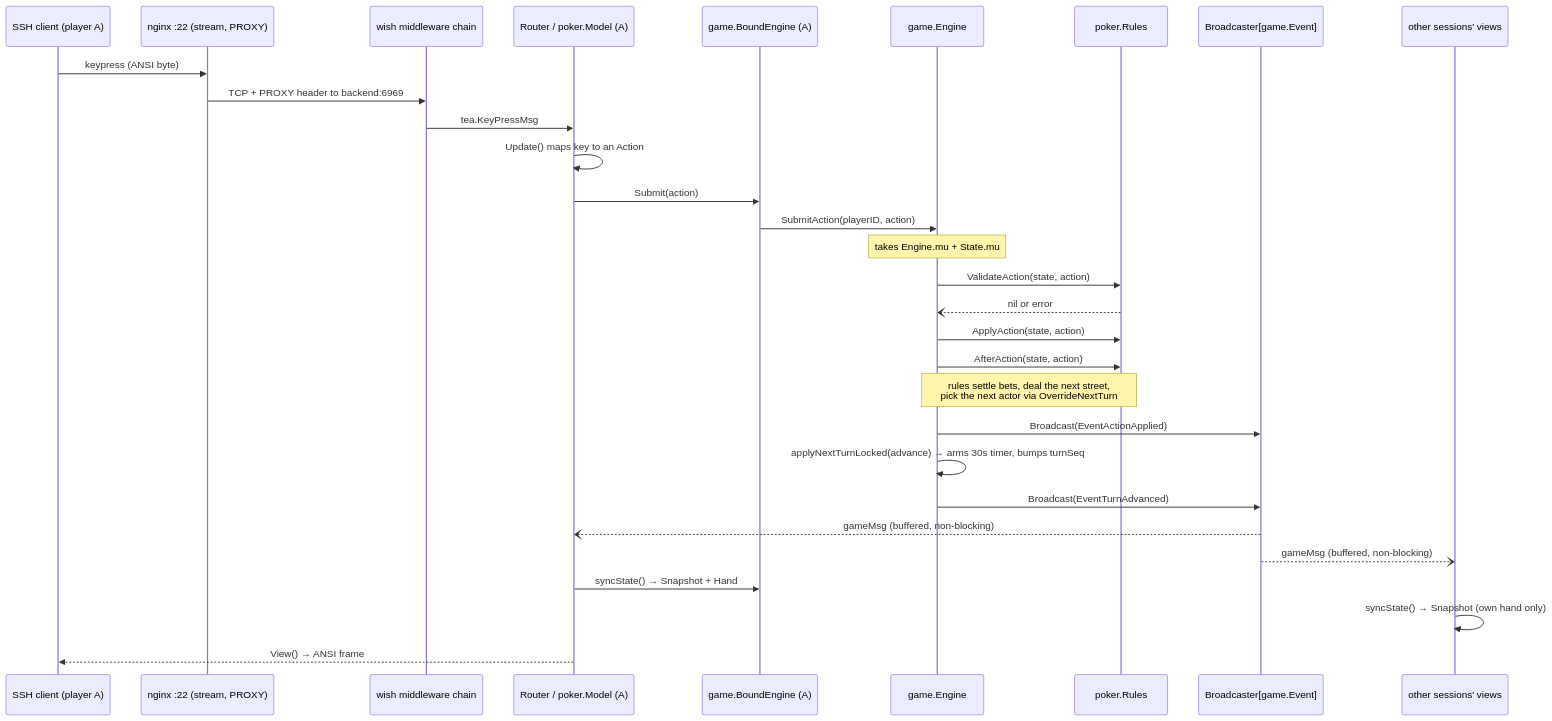
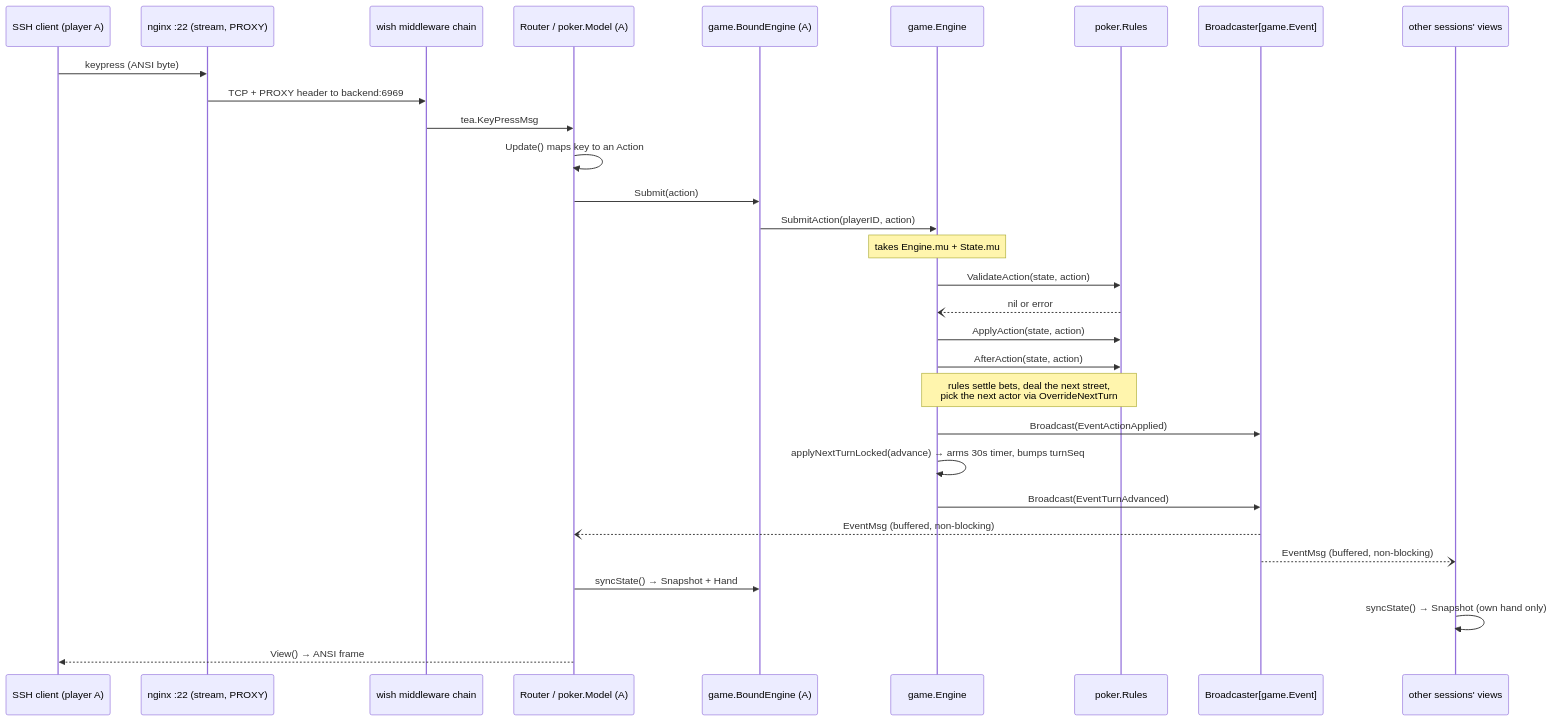
Before and after one commit to Pieczasz/terminal-card: the first of 3 diagrams in ONBOARDING.md, drawn with Mermaid. The commit also changed other lines of this file and 5 other files, not shown here.

Commit message:
docs: refresh the architecture and contributor notes

````diff
--- a/ONBOARDING.md
+++ b/ONBOARDING.md
@@ -578,33 +585,33 @@
 ```mermaid
 sequenceDiagram
     participant C as SSH client (player A)
     participant N as nginx :22 (stream, PROXY)
     participant W as wish middleware chain
     participant R as Router / poker.Model (A)
     participant BE as game.BoundEngine (A)
     participant E as game.Engine
     participant RU as poker.Rules
     participant B as Broadcaster[game.Event]
     participant O as other sessions' views
 
     C->>N: keypress (ANSI byte)
     N->>W: TCP + PROXY header to backend:6969
     W->>R: tea.KeyPressMsg
     R->>R: Update() maps key to an Action
     R->>BE: Submit(action)
     BE->>E: SubmitAction(playerID, action)
     Note over E: takes Engine.mu + State.mu
     E->>RU: ValidateAction(state, action)
     RU--)E: nil or error
     E->>RU: ApplyAction(state, action)
     E->>RU: AfterAction(state, action)
     Note over E,RU: rules settle bets, deal the next street,<br/>pick the next actor via OverrideNextTurn
     E->>B: Broadcast(EventActionApplied)
     E->>E: applyNextTurnLocked(advance) → arms 30s timer, bumps turnSeq
     E->>B: Broadcast(EventTurnAdvanced)
-    B--)R: gameMsg (buffered, non-blocking)
-    B--)O: gameMsg (buffered, non-blocking)
+    B--)R: EventMsg (buffered, non-blocking)
+    B--)O: EventMsg (buffered, non-blocking)
     R->>BE: syncState() → Snapshot + Hand
     O->>O: syncState() → Snapshot (own hand only)
     R-->>C: View() → ANSI frame
 ```
````
